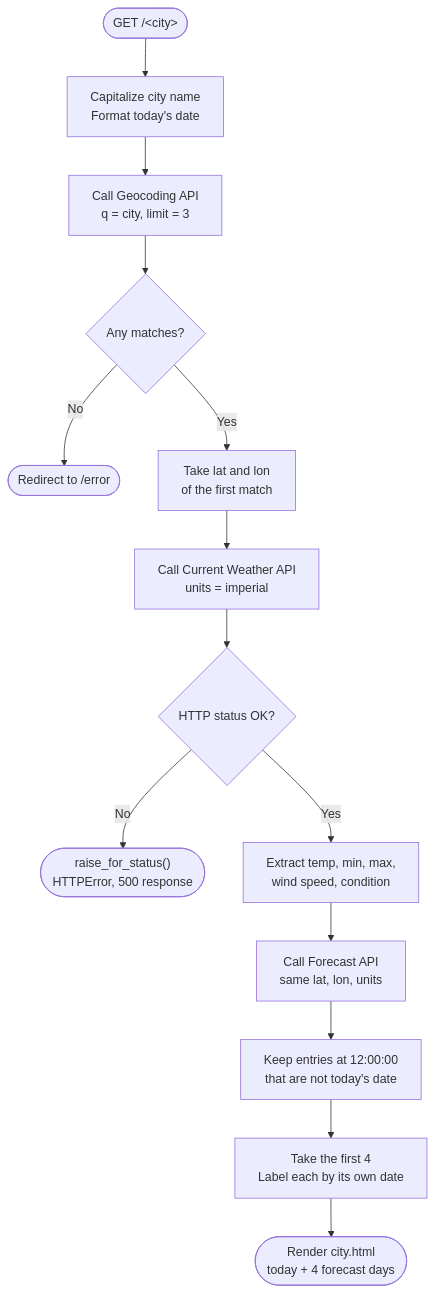
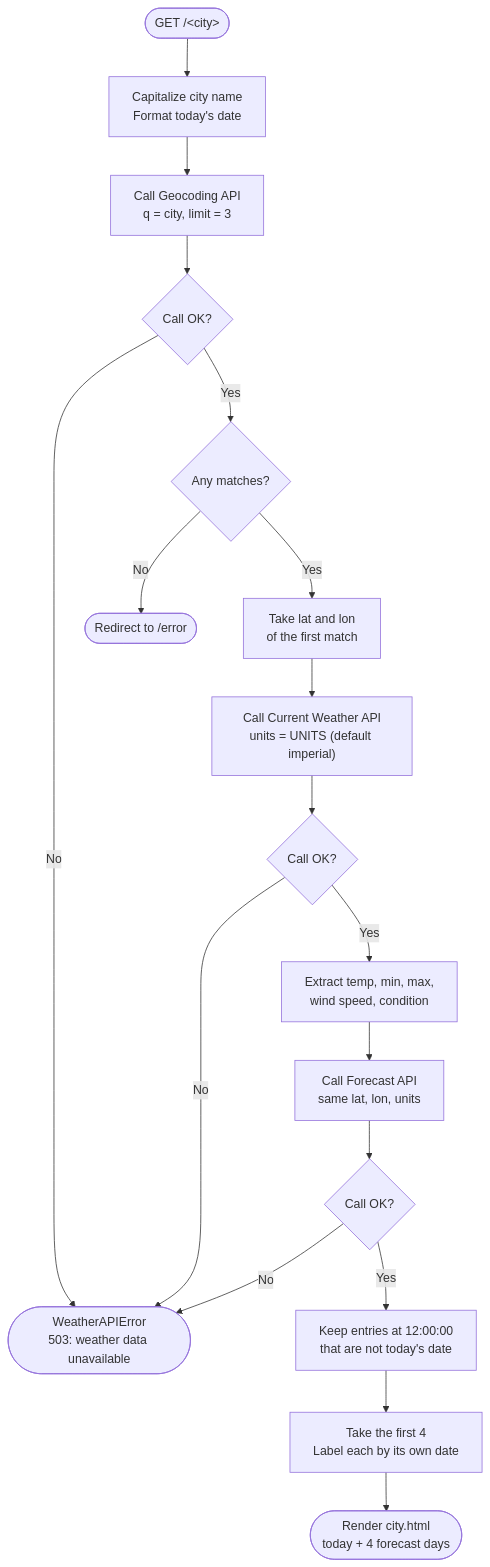
The third of 3 diagrams in exercises/python/weather-app/docs/architecture.md (dpreschel/claude-code-training), drawn with Mermaid before and after one commit. The commit also changed other lines of this file and 8 other files, not shown here.

````diff
--- a/exercises/python/weather-app/docs/architecture.md
+++ b/exercises/python/weather-app/docs/architecture.md
@@ -98,16 +100,20 @@
 ```mermaid
 flowchart TD
     Start(["GET /#lt;city#gt;"]) --> Format["Capitalize city name<br/>Format today's date"]
     Format --> GeoCall["Call Geocoding API<br/>q = city, limit = 3"]
-    GeoCall --> Found{"Any matches?"}
+    GeoCall --> GeoOK{"Call OK?"}
+    GeoOK -->|"No"| Unavailable(["WeatherAPIError<br/>503: weather data unavailable"])
+    GeoOK -->|"Yes"| Found{"Any matches?"}
     Found -->|"No"| ErrorPage(["Redirect to /error"])
     Found -->|"Yes"| Coords["Take lat and lon<br/>of the first match"]
-    Coords --> CurCall["Call Current Weather API<br/>units = imperial"]
-    CurCall --> Status{"HTTP status OK?"}
-    Status -->|"No"| Raise(["raise_for_status()<br/>HTTPError, 500 response"])
-    Status -->|"Yes"| Extract["Extract temp, min, max,<br/>wind speed, condition"]
+    Coords --> CurCall["Call Current Weather API<br/>units = UNITS (default imperial)"]
+    CurCall --> CurOK{"Call OK?"}
+    CurOK -->|"No"| Unavailable
+    CurOK -->|"Yes"| Extract["Extract temp, min, max,<br/>wind speed, condition"]
     Extract --> FcCall["Call Forecast API<br/>same lat, lon, units"]
-    FcCall --> Filter["Keep entries at 12:00:00<br/>that are not today's date"]
+    FcCall --> FcOK{"Call OK?"}
+    FcOK -->|"No"| Unavailable
+    FcOK -->|"Yes"| Filter["Keep entries at 12:00:00<br/>that are not today's date"]
     Filter --> Slice["Take the first 4<br/>Label each by its own date"]
     Slice --> Render(["Render city.html<br/>today + 4 forecast days"])
 ```
````
